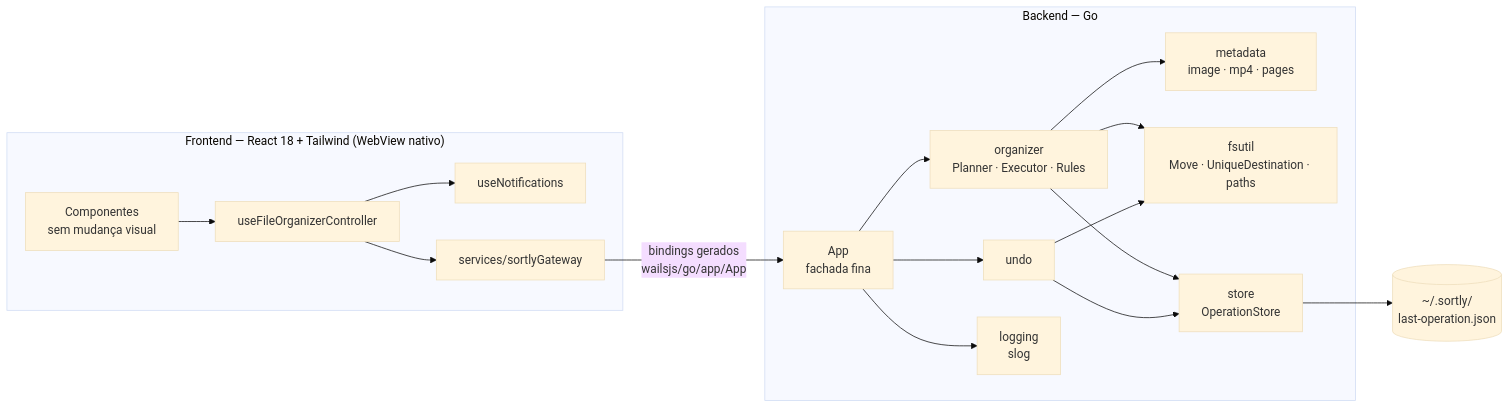
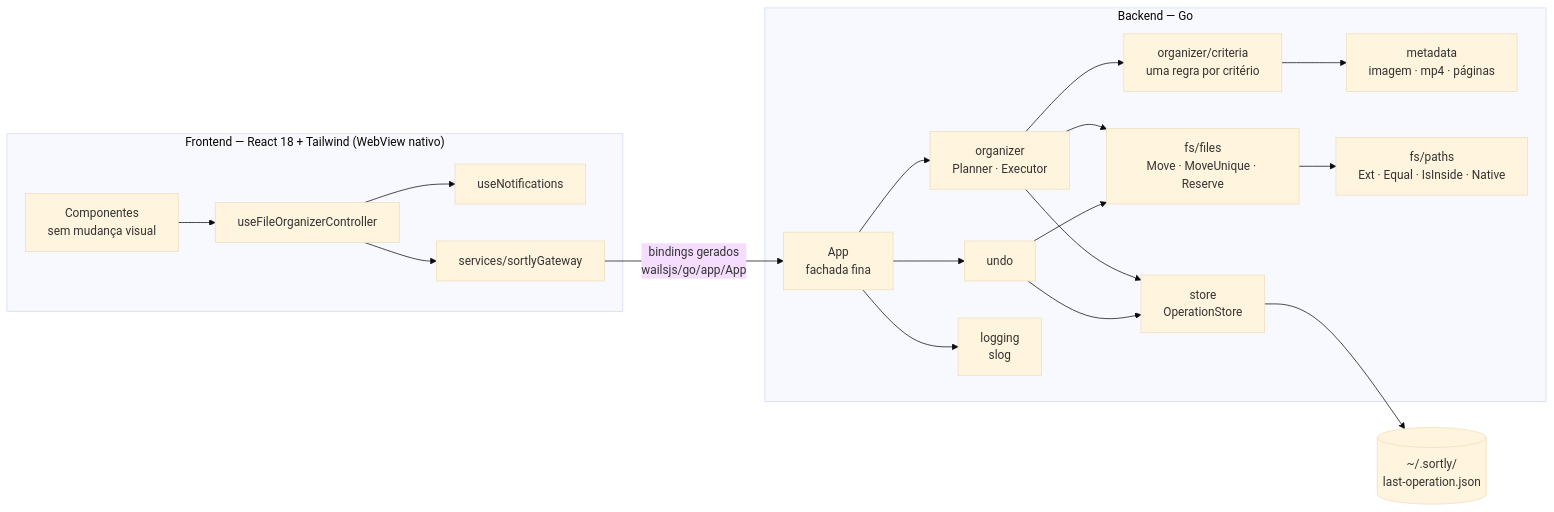
One commit to caiofdev/sortly changed the diagram in docs/architecture.md. Above: the diagram before and after it, drawn with Mermaid (base theme). The commit also changed other lines of this file and 11 other files, not shown here.

````diff
--- a/docs/architecture.md
+++ b/docs/architecture.md
@@ -11,20 +11,22 @@
 ```mermaid
 flowchart LR
   subgraph Frontend["Frontend — React 18 + Tailwind (WebView nativo)"]
     UI[Componentes<br/>sem mudança visual] --> Ctrl[useFileOrganizerController]
     Ctrl --> Notif[useNotifications]
     Ctrl --> GW[services/sortlyGateway]
   end
   GW -- "bindings gerados<br/>wailsjs/go/app/App" --> App
   subgraph Backend["Backend — Go"]
-    App[App<br/>fachada fina] --> Org[organizer<br/>Planner · Executor · Rules]
+    App[App<br/>fachada fina] --> Org[organizer<br/>Planner · Executor]
+    Org --> Crit[organizer/criteria<br/>uma regra por critério]
     App --> Undo[undo]
-    Org --> Meta[metadata<br/>image · mp4 · pages]
-    Org --> FSU[fsutil<br/>Move · UniqueDestination · paths]
-    Undo --> FSU
+    Crit --> Meta[metadata<br/>imagem · mp4 · páginas]
+    Org --> Files[fs/files<br/>Move · MoveUnique · Reserve]
+    Undo --> Files
+    Files --> Paths[fs/paths<br/>Ext · Equal · IsInside · Native]
     Org --> Store[store<br/>OperationStore]
     Undo --> Store
     App --> Log[logging<br/>slog]
   end
   Store --> JSON[(~/.sortly/<br/>last-operation.json)]
 ```
````
